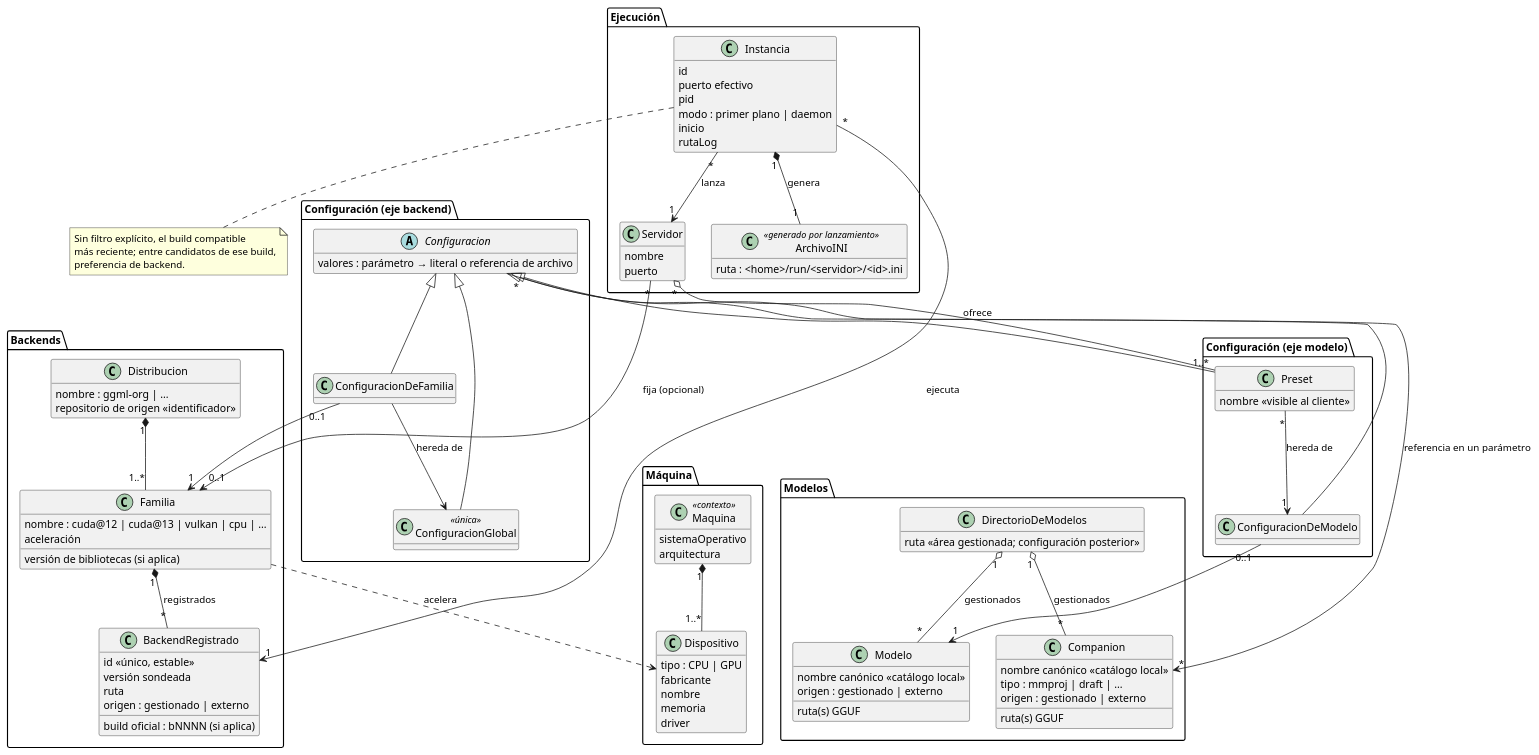
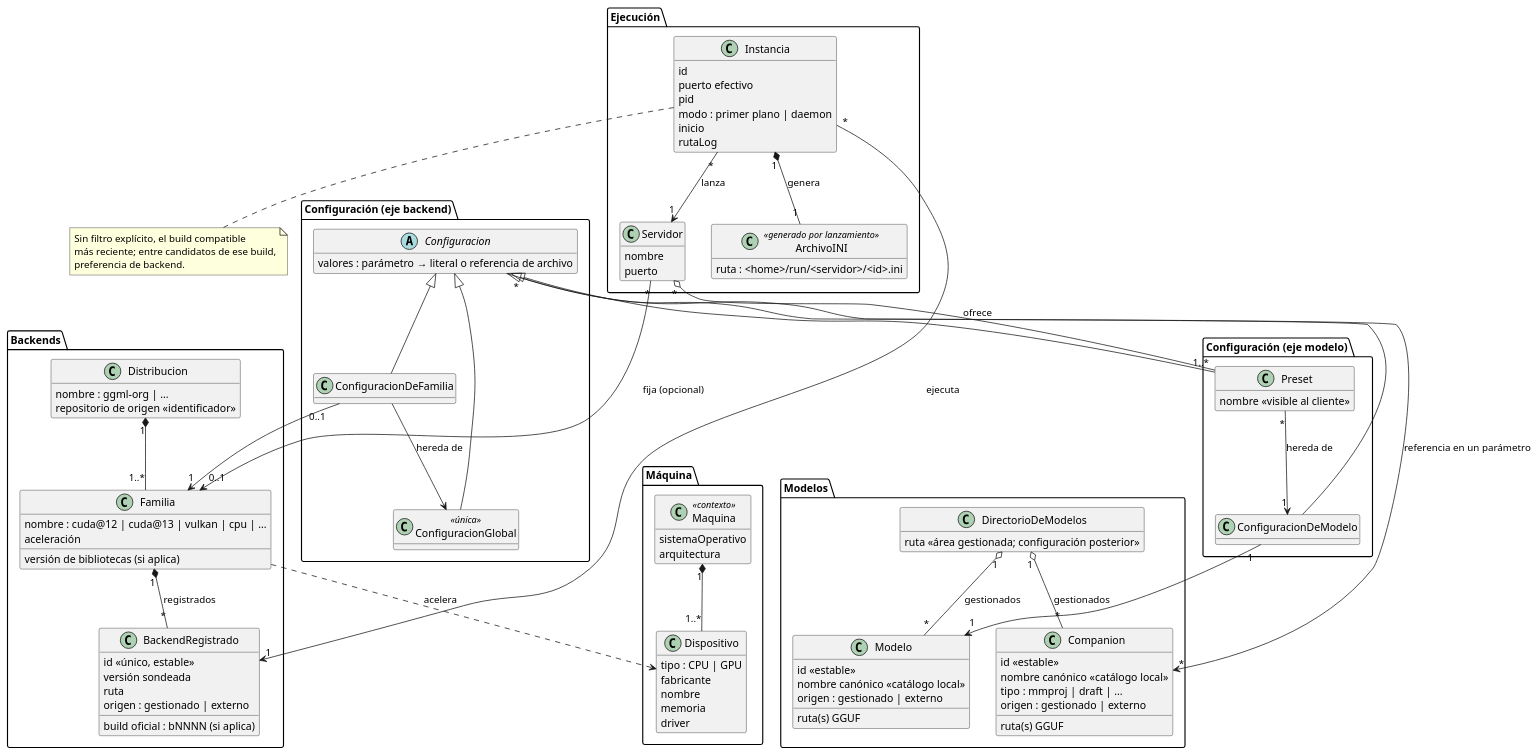
The first of 3 diagrams in docs/modelo-de-datos.md (mstranich/coquena), drawn with PlantUML before and after one commit. The commit also changed other lines of this file and 11 other files, not shown here.

```diff
--- a/docs/modelo-de-datos.md
+++ b/docs/modelo-de-datos.md
@@ -50,11 +50,13 @@
     ruta <<área gestionada; configuración posterior>>
   }
   class Modelo {
+    id <<estable>>
     nombre canónico <<catálogo local>>
     ruta(s) GGUF
     origen : gestionado | externo
   }
   class Companion {
+    id <<estable>>
     nombre canónico <<catálogo local>>
     tipo : mmproj | draft | …
     ruta(s) GGUF
@@ -109,7 +111,7 @@
 Configuracion <|-- Preset
 ConfiguracionDeFamilia --> ConfiguracionGlobal : hereda de
 ConfiguracionDeFamilia "0..1" --> "1" Familia
-ConfiguracionDeModelo "0..1" --> "1" Modelo
+ConfiguracionDeModelo "1" --> "1" Modelo
 Preset "*" --> "1" ConfiguracionDeModelo : hereda de
 Configuracion "*" --> "*" Companion : referencia en un parámetro
 
```
